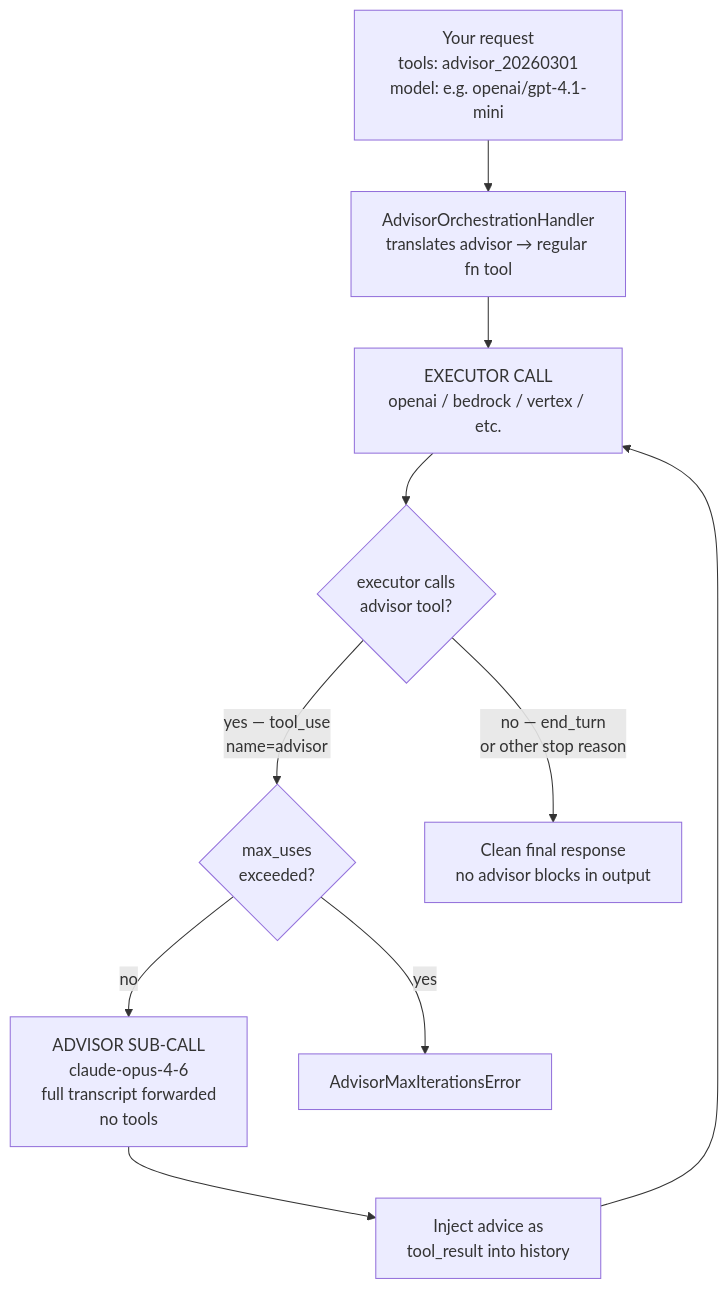
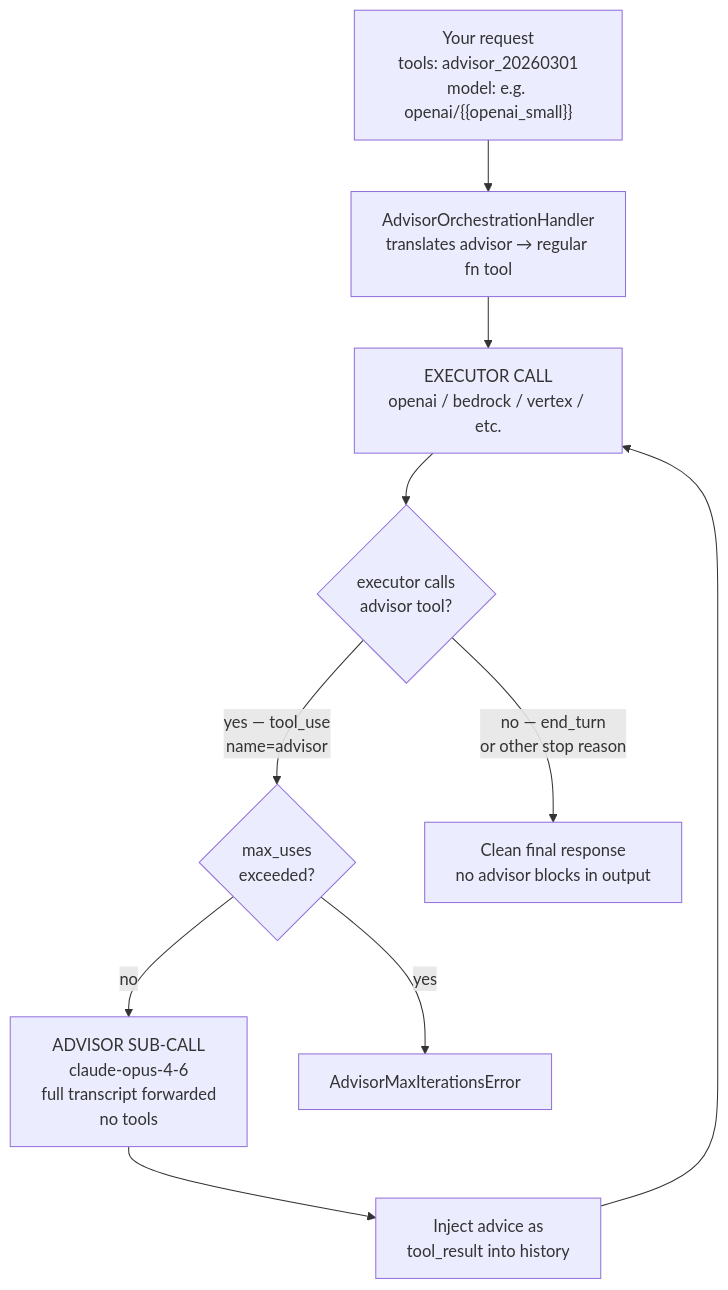
One commit to BerriAI/litellm-docs changed the diagram in docs/completion/anthropic_advisor_tool.md. Above: the diagram before and after it, drawn with Mermaid. The commit also changed other lines of this file and 415 other files, not shown here.

````diff
--- a/docs/completion/anthropic_advisor_tool.md
+++ b/docs/completion/anthropic_advisor_tool.md
@@ -31,20 +31,20 @@
 ```mermaid
 flowchart TD
-    A["Your request\ntools: advisor_20260301\nmodel: e.g. openai/gpt-4.1-mini"] --> B["AdvisorOrchestrationHandler\ntranslates advisor → regular fn tool"]
+    A["Your request\ntools: advisor_20260301\nmodel: e.g. openai/{{openai_small}}"] --> B["AdvisorOrchestrationHandler\ntranslates advisor → regular fn tool"]
 
     B --> C["EXECUTOR CALL\nopenai / bedrock / vertex / etc."]
 
     C --> D{"executor calls\nadvisor tool?"}
 
     D -->|"yes — tool_use\nname=advisor"| E{"max_uses\nexceeded?"}
 
     E -->|no| F["ADVISOR SUB-CALL\nclaude-opus-4-6\nfull transcript forwarded\nno tools"]
 
     F --> G["Inject advice as\ntool_result into history"]
 
     G --> C
 
     E -->|yes| H["AdvisorMaxIterationsError"]
 
     D -->|"no — end_turn\nor other stop reason"| I["Clean final response\nno advisor blocks in output"]
 ```
````
